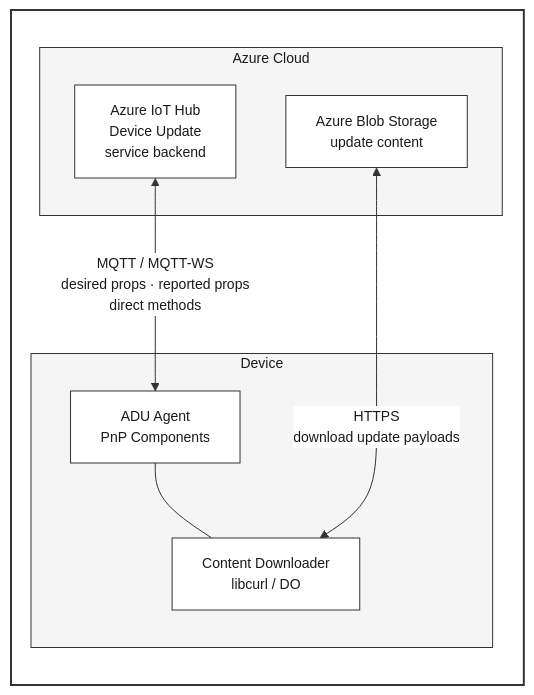
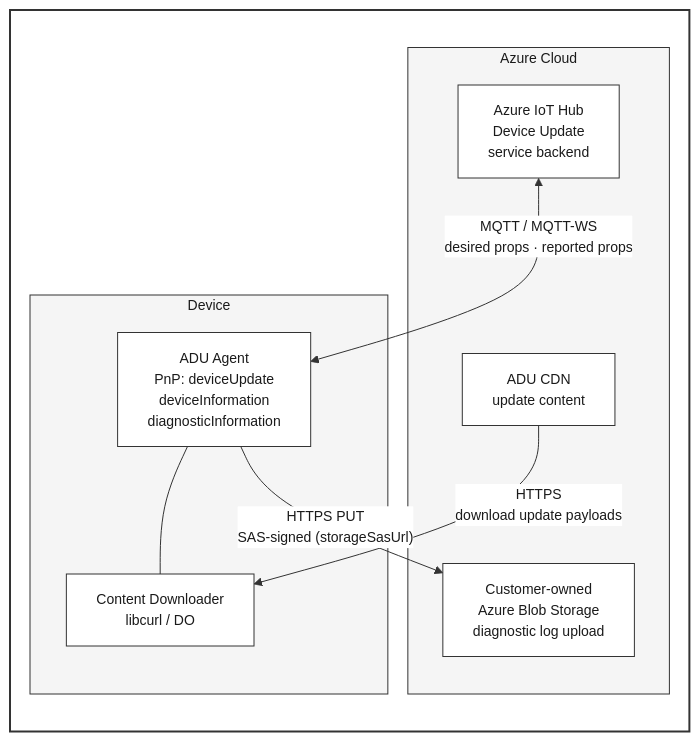
The first of 6 diagrams in docs/agent-reference/architecture-overview.md (Azure/iot-hub-device-update), drawn with Mermaid before and after one commit. The commit also changed other lines of this file, not shown here.

First line of the commit message:
docs(agent-reference): expand architecture-overview with E2E flow, v5 field map, and reported-properties contract

````diff
--- a/docs/agent-reference/architecture-overview.md
+++ b/docs/agent-reference/architecture-overview.md
@@ -41,46 +82,52 @@
 ```mermaid
 %%{init: {'theme': 'base', 'themeVariables': {
   'primaryColor': '#ffffff',
   'primaryTextColor': '#1a1a1a',
   'primaryBorderColor': '#333333',
   'lineColor': '#333333',
   'secondaryColor': '#f5f5f5',
   'tertiaryColor': '#e8e8e8',
   'mainBkg': '#ffffff',
   'nodeBorder': '#333333',
   'clusterBkg': '#f5f5f5',
   'clusterBorder': '#333333',
   'titleColor': '#1a1a1a',
   'edgeLabelBackground': '#ffffff',
   'fontFamily': 'monospace',
   'fontSize': '14px'
 }}}%%
 flowchart LR
     subgraph Main[" "]
 
         subgraph Cloud["Azure Cloud"]
             Hub["Azure IoT Hub
             Device Update
             service backend"]
-            Blob["Azure Blob Storage
+            CDN["ADU CDN
             update content"]
+            CustBlob["Customer-owned
+            Azure Blob Storage
+            diagnostic log upload"]
         end
 
         subgraph Device["Device"]
             Agent["ADU Agent
-            PnP Components"]
+            PnP: deviceUpdate
+            deviceInformation
+            diagnosticInformation"]
             Downloader["Content Downloader
             libcurl / DO"]
             Agent --- Downloader
         end
 
 
         Hub <-->|"MQTT / MQTT-WS
-        desired props · reported props
-        direct methods"| Agent
-        Blob <-->|"HTTPS
+        desired props · reported props"| Agent
+        CDN -->|"HTTPS
         download update payloads"| Downloader
+        Agent -->|"HTTPS PUT
+        SAS-signed (storageSasUrl)"| CustBlob
     end
 
     style Main fill:#ffffff,stroke:#333333,stroke-width:2px,color:#1a1a1a
 ```
````
